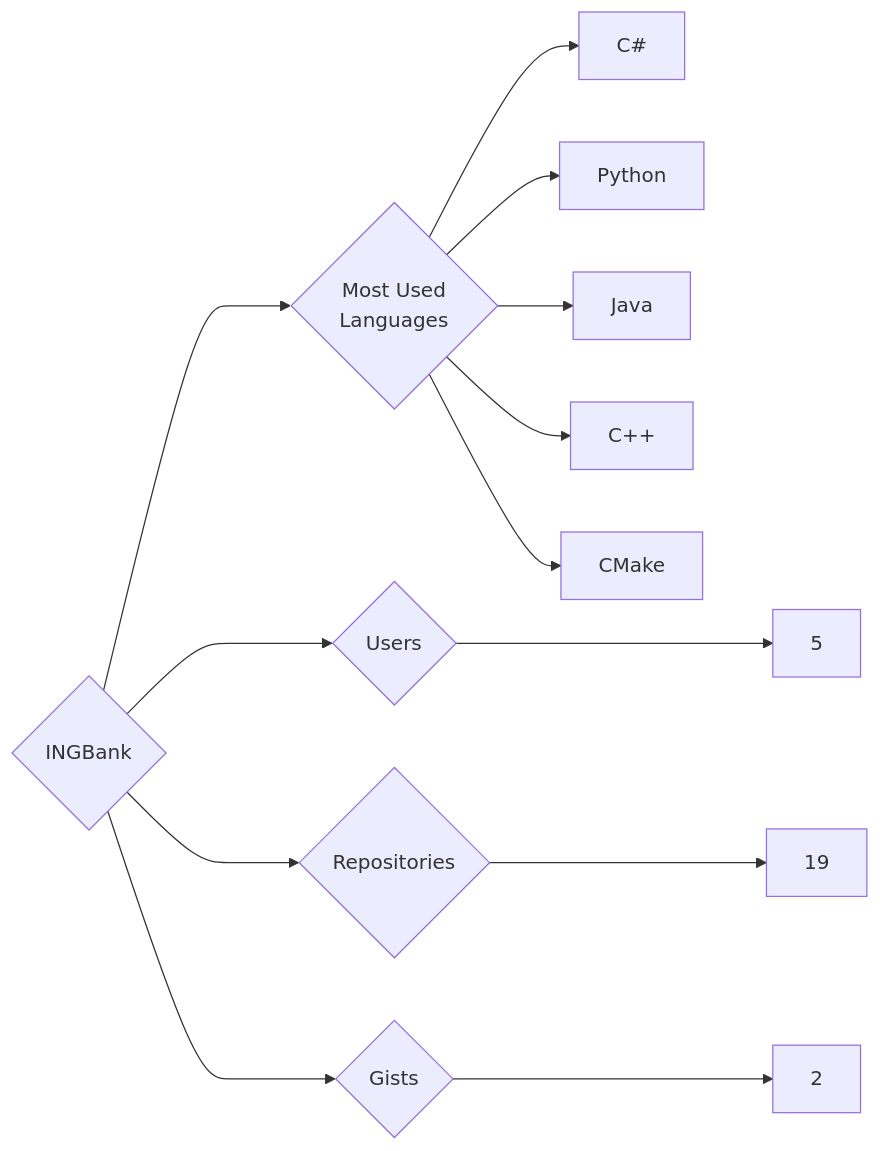
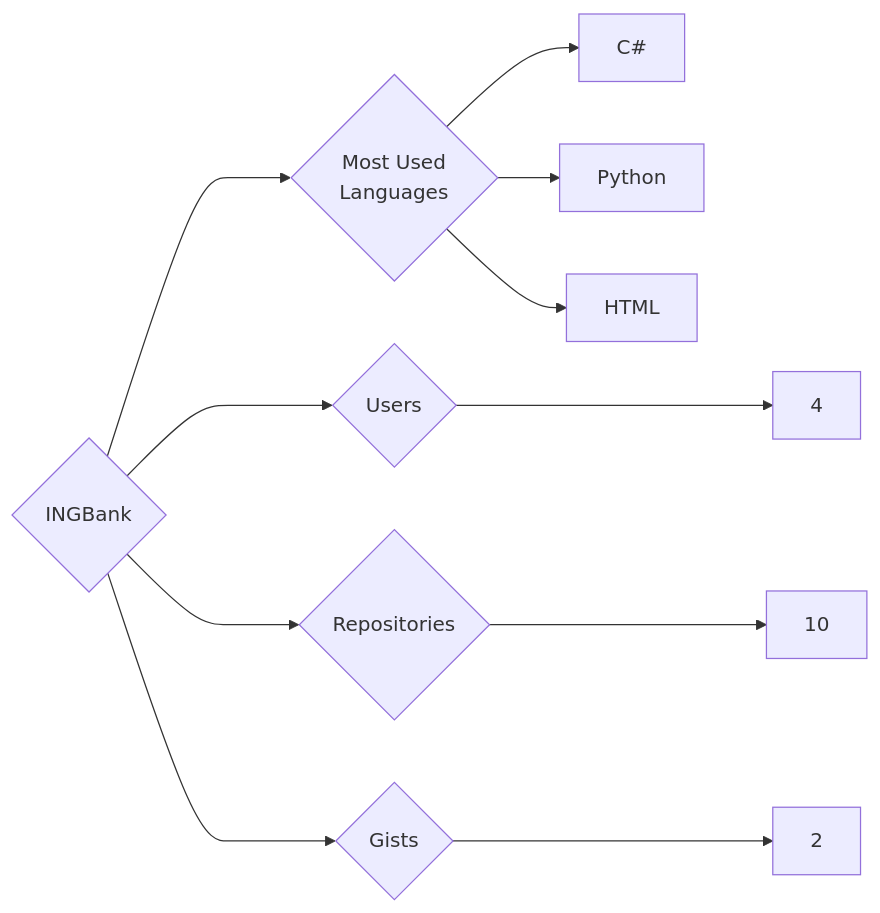
The diagram in targets/INGBank/README.md (trickest/insiders), drawn with Mermaid before and after one commit. The commit also changed 857 other files, not shown here.

````diff
--- a/targets/INGBank/README.md
+++ b/targets/INGBank/README.md
@@ -3,13 +3,11 @@
 ```mermaid
 graph LR
 COMPANY_NAME{INGBank}
-COMPANY_NAME ---> U{Users} ---> UN[5]
-COMPANY_NAME ---> R{Repositories} ---> RN[19]
+COMPANY_NAME ---> U{Users} ---> UN[4]
+COMPANY_NAME ---> R{Repositories} ---> RN[10]
 COMPANY_NAME ---> G{Gists} ---> GN[2]
 COMPANY_NAME ---> ML{Most Used<br>Languages}
 ML --> C#[C#]
 ML --> Python[Python]
-ML --> Java[Java]
-ML --> C++[C++]
-ML --> CMake[CMake]
+ML --> HTML[HTML]
 ```
````
